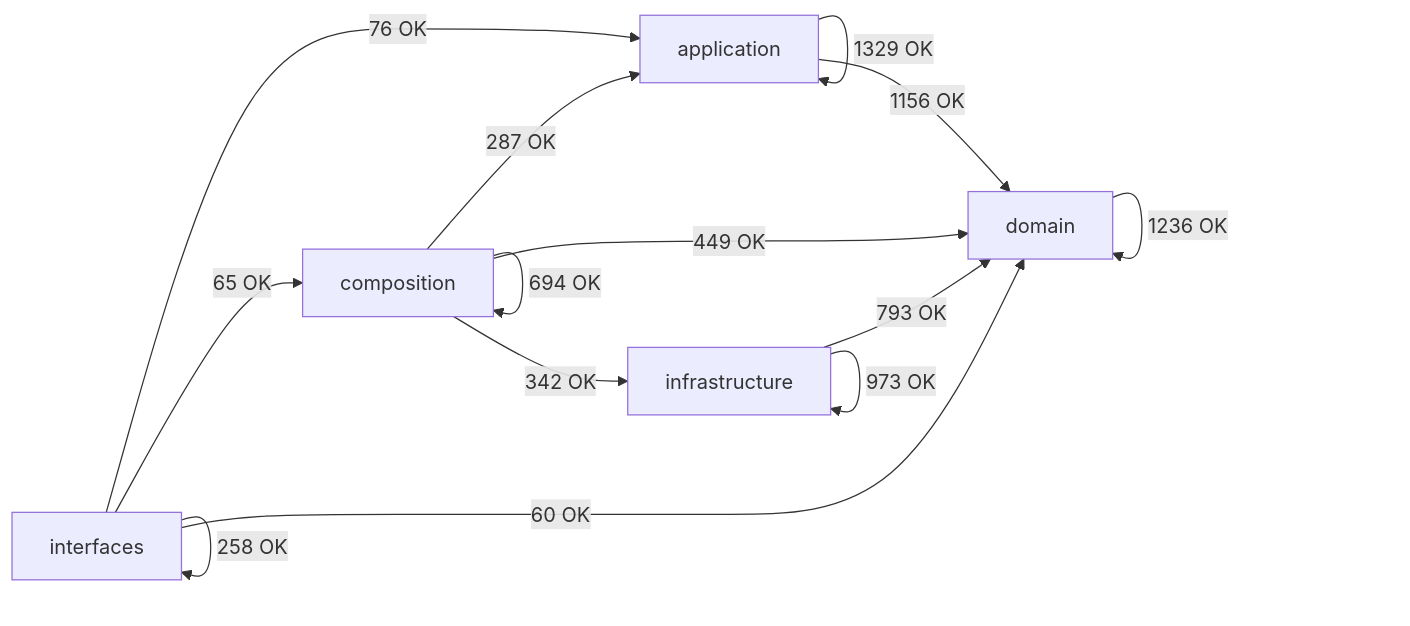
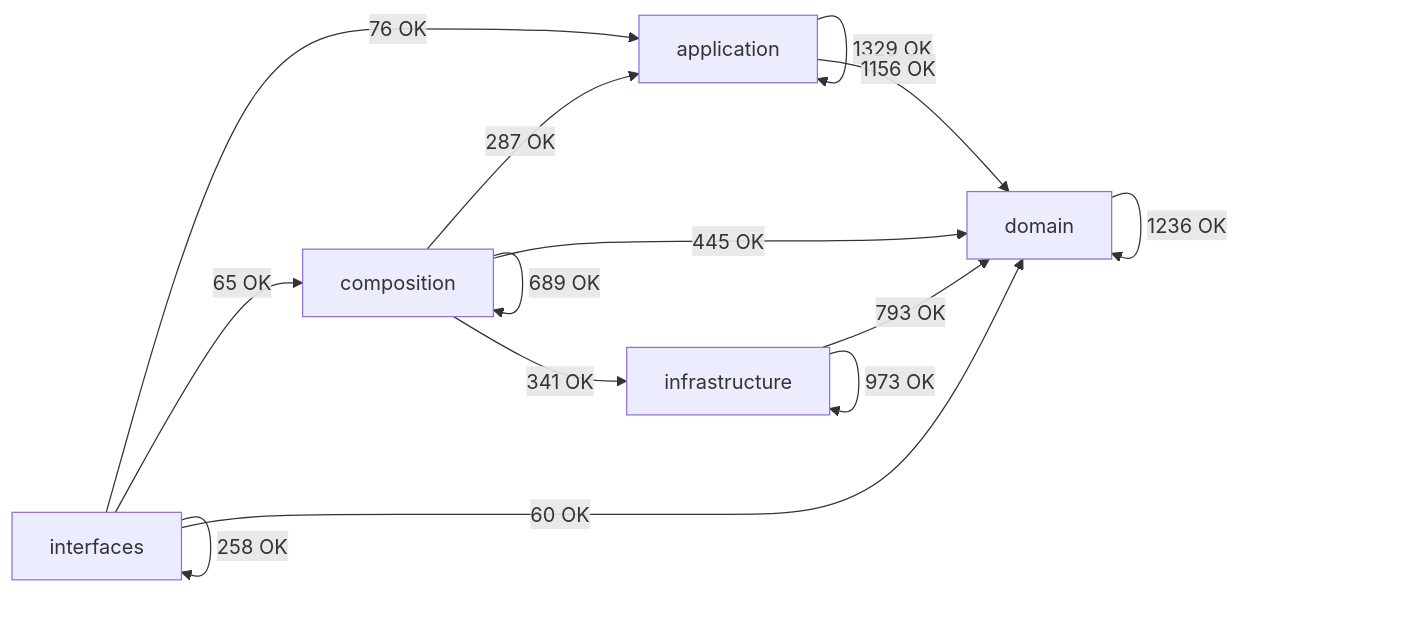
Before and after one commit to SatoryKono/BioactivityDataAcquisition: the diagram in docs/02-architecture/generated/module-dependency-map.md, drawn with Mermaid. The commit also changed other lines of this file and 5 other files, not shown here.

````diff
--- a/docs/02-architecture/generated/module-dependency-map.md
+++ b/docs/02-architecture/generated/module-dependency-map.md
@@ -17,21 +17,21 @@
 ```mermaid
 flowchart LR
     domain[domain]
     application[application]
     infrastructure[infrastructure]
     composition[composition]
     interfaces[interfaces]
     application -->|1329 OK| application
     application -->|1156 OK| domain
     composition -->|287 OK| application
-    composition -->|694 OK| composition
-    composition -->|449 OK| domain
-    composition -->|342 OK| infrastructure
+    composition -->|689 OK| composition
+    composition -->|445 OK| domain
+    composition -->|341 OK| infrastructure
     domain -->|1236 OK| domain
     infrastructure -->|793 OK| domain
     infrastructure -->|973 OK| infrastructure
     interfaces -->|76 OK| application
     interfaces -->|65 OK| composition
     interfaces -->|60 OK| domain
     interfaces -->|258 OK| interfaces
 ```
````
